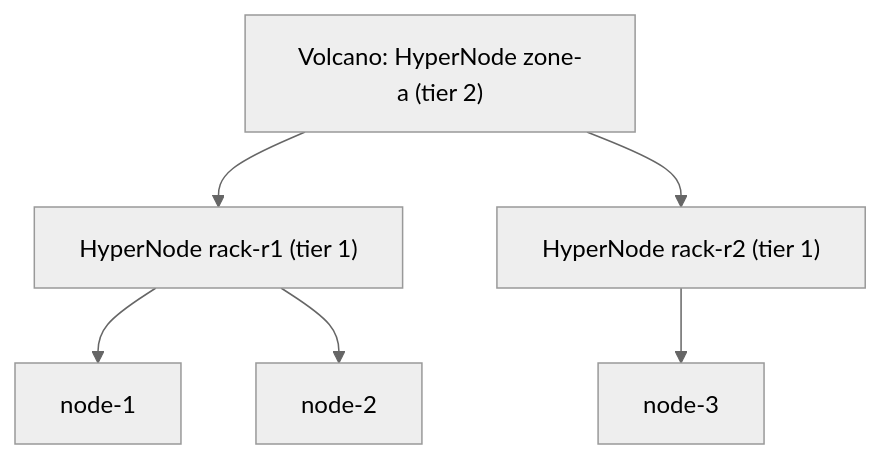
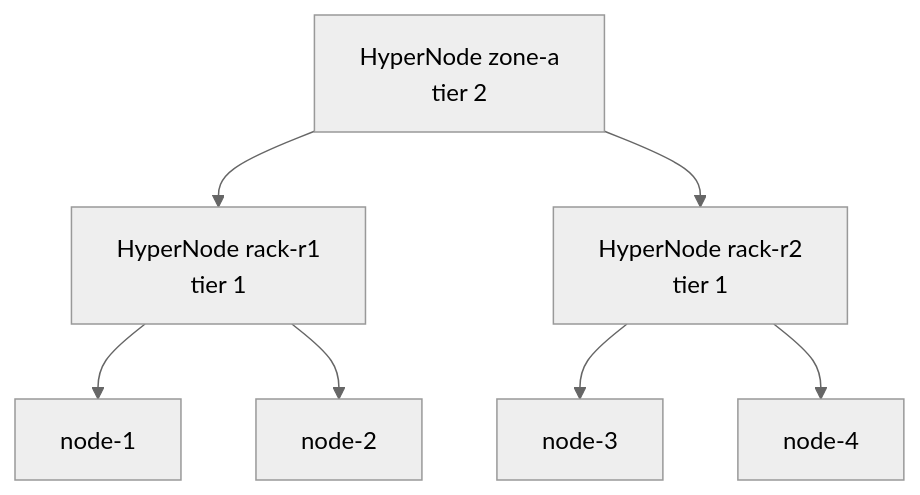
The seventh of 13 diagrams in docs/research/k8s-workload-aware-scheduling-vs-volcano.md (JesseStutler/volcano), drawn with Mermaid (neutral theme) before and after one commit. The commit also changed other lines of this file and 1 other file, not shown here.

````diff
--- a/docs/research/k8s-workload-aware-scheduling-vs-volcano.md
+++ b/docs/research/k8s-workload-aware-scheduling-vs-volcano.md
@@ -289,14 +348,16 @@
 ```mermaid
 flowchart TD
-    H2["Volcano: HyperNode zone-a (tier 2)"]
-    H11["HyperNode rack-r1 (tier 1)"]
-    H12["HyperNode rack-r2 (tier 1)"]
+    H2["HyperNode zone-a<br/>tier 2"]
+    H11["HyperNode rack-r1<br/>tier 1"]
+    H12["HyperNode rack-r2<br/>tier 1"]
     VN1["node-1"]
     VN2["node-2"]
     VN3["node-3"]
+    VN4["node-4"]
     H2 --> H11
     H2 --> H12
     H11 --> VN1
     H11 --> VN2
     H12 --> VN3
+    H12 --> VN4
 ```
````
